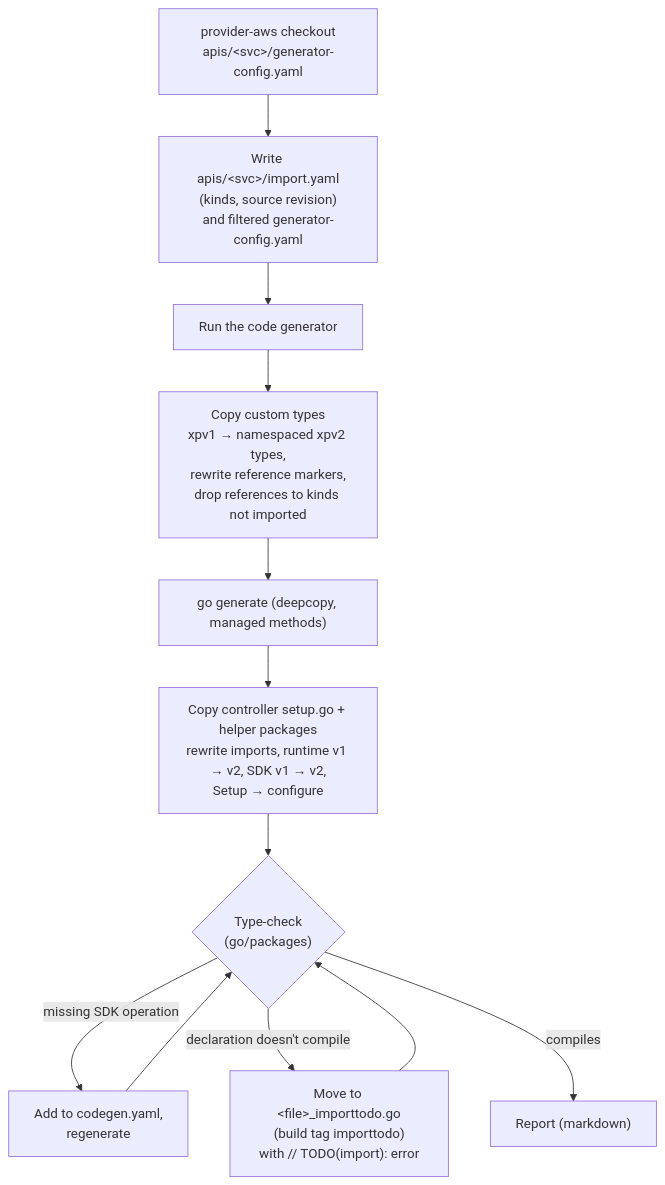
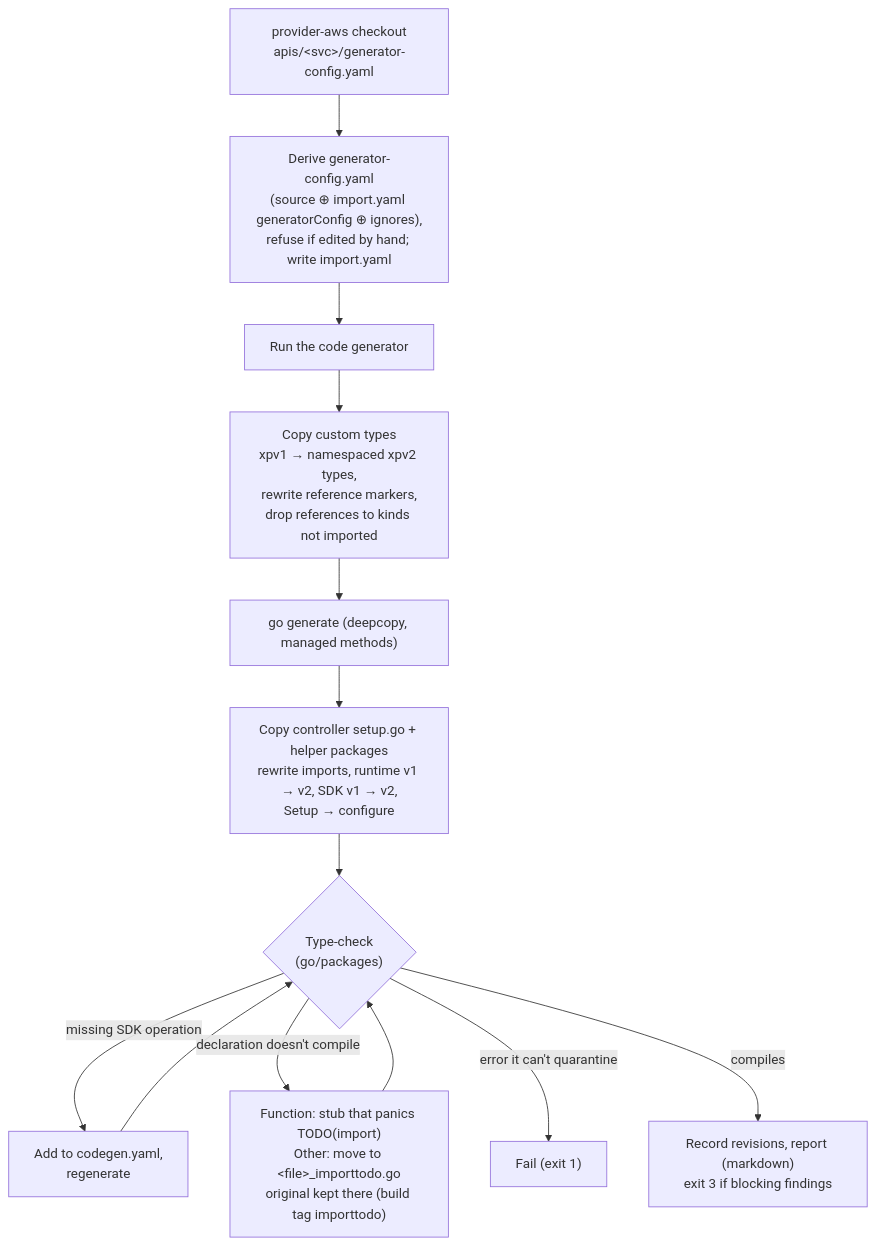
Before and after one commit to swisscom/crossplane-provider-aws-v2: the diagram in docs/components/importer.md, drawn with Mermaid. The commit also changed other lines of this file and 240 other files, not shown here.

````diff
--- a/docs/components/importer.md
+++ b/docs/components/importer.md
@@ -21,12 +23,13 @@
 ```mermaid
 flowchart TD
-    a["provider-aws checkout<br/>apis/&lt;svc&gt;/generator-config.yaml"] --> b["Write apis/&lt;svc&gt;/import.yaml<br/>(kinds, source revision)<br/>and filtered generator-config.yaml"]
+    a["provider-aws checkout<br/>apis/&lt;svc&gt;/generator-config.yaml"] --> b["Derive generator-config.yaml<br/>(source ⊕ import.yaml generatorConfig ⊕ ignores),<br/>refuse if edited by hand; write import.yaml"]
     b --> c["Run the code generator"]
     c --> d["Copy custom types<br/>xpv1 → namespaced xpv2 types,<br/>rewrite reference markers,<br/>drop references to kinds not imported"]
     d --> e["go generate (deepcopy, managed methods)"]
     e --> f["Copy controller setup.go + helper packages<br/>rewrite imports, runtime v1 → v2, SDK v1 → v2,<br/>Setup → configure"]
     f --> g{"Type-check<br/>(go/packages)"}
     g -->|"missing SDK operation"| h["Add to codegen.yaml,<br/>regenerate"] --> g
-    g -->|"declaration doesn't compile"| i["Move to &lt;file&gt;_importtodo.go<br/>(build tag importtodo)<br/>with // TODO(import): error"] --> g
-    g -->|"compiles"| j["Report (markdown)"]
+    g -->|"declaration doesn't compile"| i["Function: stub that panics TODO(import)<br/>Other: move to &lt;file&gt;_importtodo.go<br/>original kept there (build tag importtodo)"] --> g
+    g -->|"error it can't quarantine"| x["Fail (exit 1)"]
+    g -->|"compiles"| j["Record revisions, report (markdown)<br/>exit 3 if blocking findings"]
 ```
````
